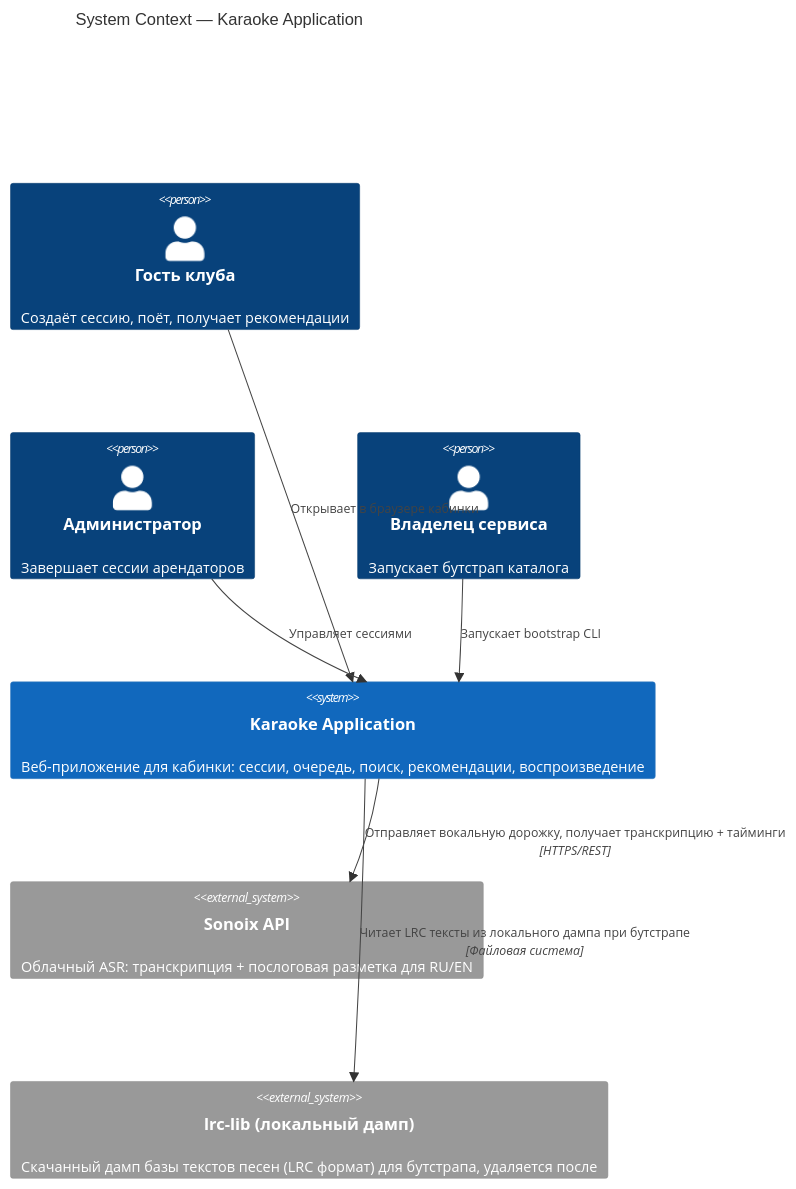
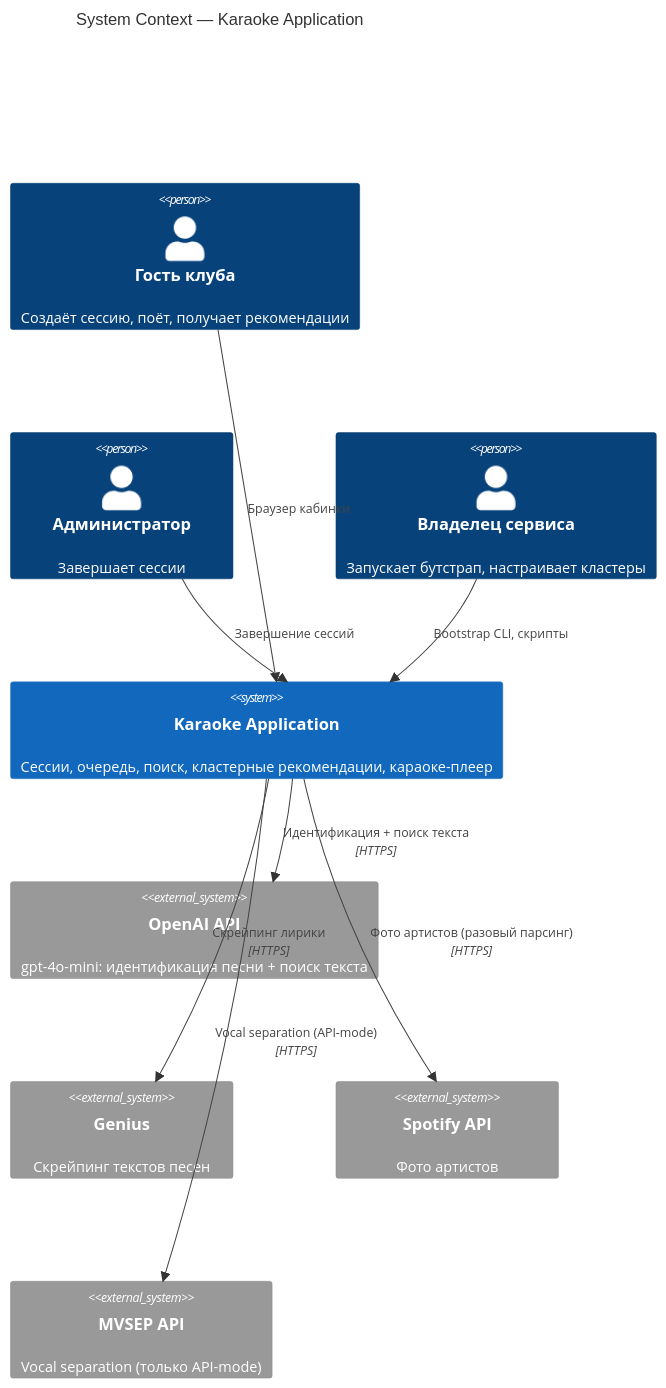
One commit to croked91/mouth-singing changed the first of 4 diagrams in journals/ARCHITECTURE.md. Above: the diagram before and after it, drawn with Mermaid. The commit also changed other lines of this file and 23 other files, not shown here.

````diff
--- a/journals/ARCHITECTURE.md
+++ b/journals/ARCHITECTURE.md
@@ -57,19 +55,23 @@
 ```mermaid
 C4Context
     title System Context — Karaoke Application
 
     Person(guest, "Гость клуба", "Создаёт сессию, поёт, получает рекомендации")
-    Person(admin, "Администратор", "Завершает сессии арендаторов")
-    Person(owner, "Владелец сервиса", "Запускает бутстрап каталога")
+    Person(admin, "Администратор", "Завершает сессии")
+    Person(owner, "Владелец сервиса", "Запускает бутстрап, настраивает кластеры")
 
-    System(karaoke, "Karaoke Application", "Веб-приложение для кабинки: сессии, очередь, поиск, рекомендации, воспроизведение")
+    System(karaoke, "Karaoke Application", "Сессии, очередь, поиск, кластерные рекомендации, караоке-плеер")
 
-    System_Ext(sonoix, "Sonoix API", "Облачный ASR: транскрипция + послоговая разметка для RU/EN")
-    System_Ext(lrclib, "lrc-lib (локальный дамп)", "Скачанный дамп базы текстов песен (LRC формат) для бутстрапа, удаляется после")
+    System_Ext(openai, "OpenAI API", "gpt-4o-mini: идентификация песни + поиск текста")
+    System_Ext(genius, "Genius", "Скрейпинг текстов песен")
+    System_Ext(spotify, "Spotify API", "Фото артистов")
+    System_Ext(mvsep, "MVSEP API", "Vocal separation (только API-mode)")
 
-    Rel(guest, karaoke, "Открывает в браузере кабинки")
-    Rel(admin, karaoke, "Управляет сессиями")
-    Rel(owner, karaoke, "Запускает bootstrap CLI")
-    Rel(karaoke, sonoix, "Отправляет вокальную дорожку, получает транскрипцию + тайминги", "HTTPS/REST")
-    Rel(karaoke, lrclib, "Читает LRC тексты из локального дампа при бутстрапе", "Файловая система")
+    Rel(guest, karaoke, "Браузер кабинки")
+    Rel(admin, karaoke, "Завершение сессий")
+    Rel(owner, karaoke, "Bootstrap CLI, скрипты")
+    Rel(karaoke, openai, "Идентификация + поиск текста", "HTTPS")
+    Rel(karaoke, genius, "Скрейпинг лирики", "HTTPS")
+    Rel(karaoke, spotify, "Фото артистов (разовый парсинг)", "HTTPS")
+    Rel(karaoke, mvsep, "Vocal separation (API-mode)", "HTTPS")
 ```
````
